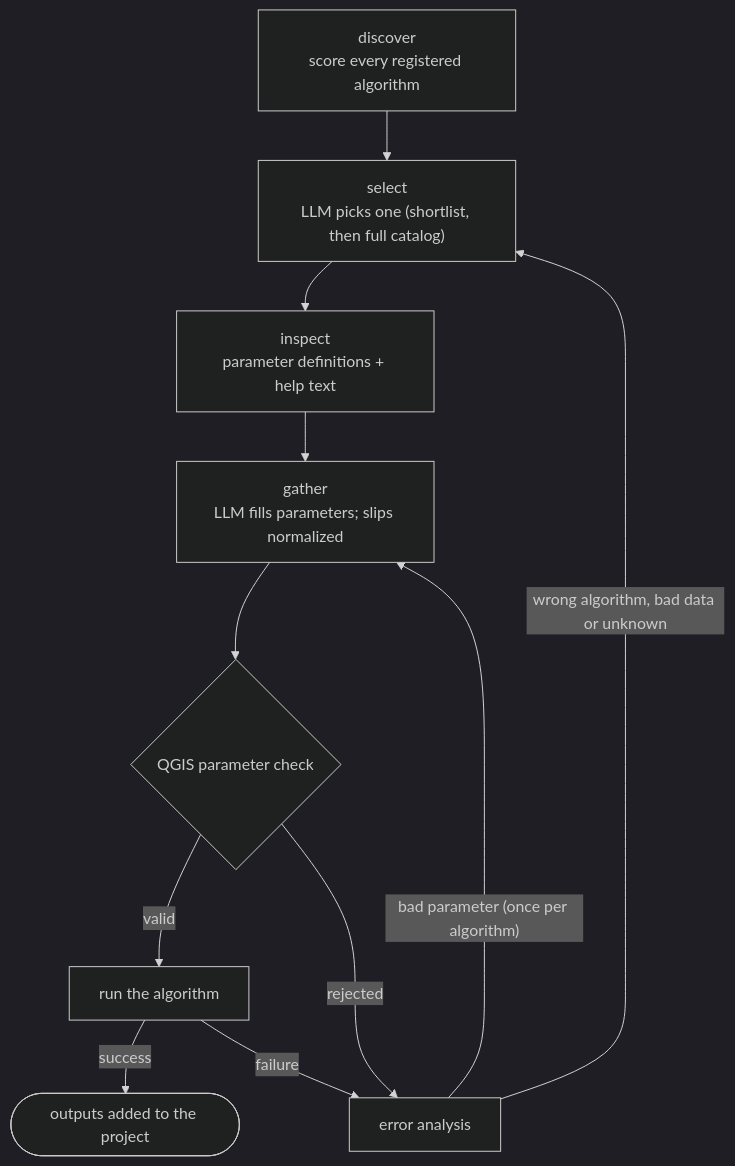
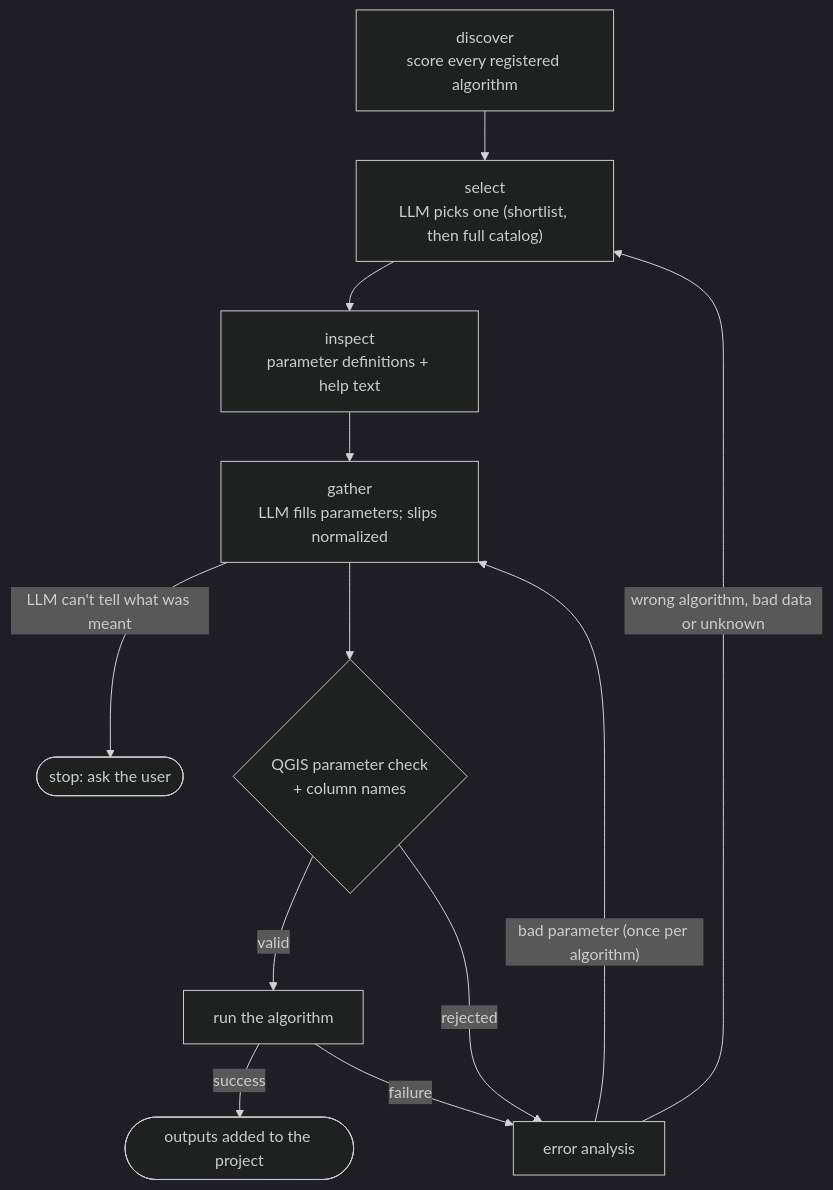
One commit to iamtekson/GeoAgent changed the diagram in docs/developer-guide/architecture.md. Above: the diagram before and after it, drawn with Mermaid (dark theme). The commit also changed other lines of this file and 24 other files, not shown here.

````diff
--- a/docs/developer-guide/architecture.md
+++ b/docs/developer-guide/architecture.md
@@ -42,13 +44,14 @@
 ```{mermaid}
 flowchart TD
     discover["discover<br/>score every registered algorithm"] --> select["select<br/>LLM picks one (shortlist, then full catalog)"]
     select --> inspect["inspect<br/>parameter definitions + help text"]
     inspect --> gather["gather<br/>LLM fills parameters; slips normalized"]
-    gather --> check{"QGIS parameter check"}
+    gather -- "LLM can't tell what was meant" --> ask(["stop: ask the user"])
+    gather --> check{"QGIS parameter check<br/>+ column names"}
     check -- valid --> run["run the algorithm"]
     run -- success --> done(["outputs added to the project"])
     check -- rejected --> analysis["error analysis"]
     run -- failure --> analysis
     analysis -- "bad parameter (once per algorithm)" --> gather
     analysis -- "wrong algorithm, bad data or unknown" --> select
 ```
````
